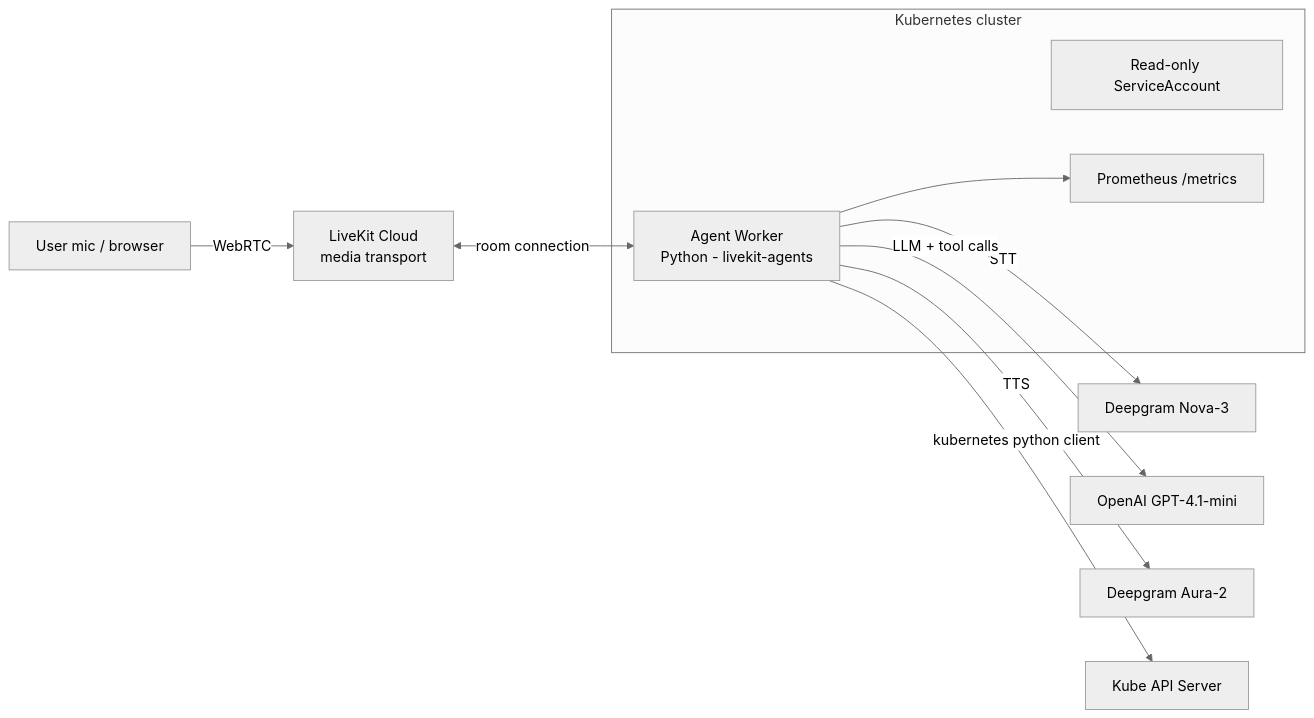
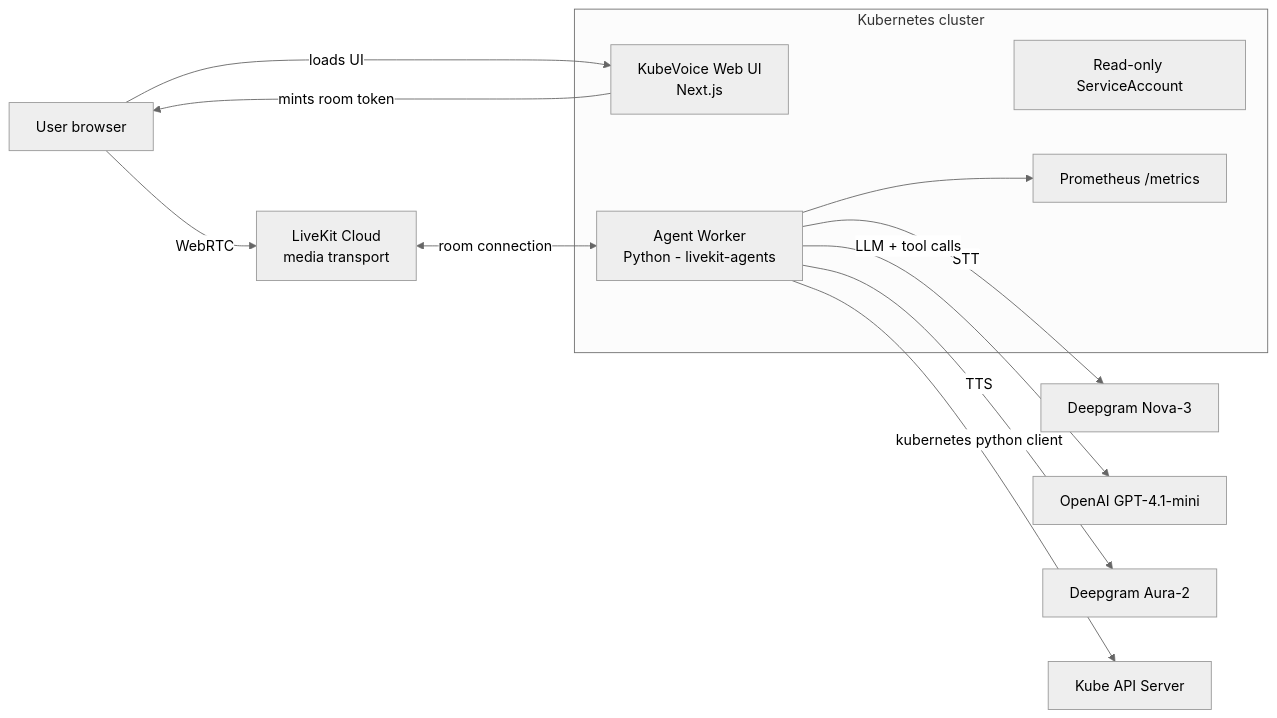
One commit to shasdas/kubevoice changed the diagram in README.md. Above: the diagram before and after it, drawn with Mermaid (neutral theme). The commit also changed other lines of this file and 90 other files, not shown here.

````diff
--- a/README.md
+++ b/README.md
@@ -17,15 +18,18 @@
 ```mermaid
 flowchart LR
-    U[User mic / browser] -->|WebRTC| LK[LiveKit Cloud\nmedia transport]
+    U[User browser] -->|loads UI| FE[KubeVoice Web UI\nNext.js]
+    FE -->|mints room token| U
+    U -->|WebRTC| LK[LiveKit Cloud\nmedia transport]
     LK <-->|room connection| W[Agent Worker\nPython - livekit-agents]
     subgraph K8s [Kubernetes cluster]
+        FE
         W
         RBAC[Read-only ServiceAccount]
         M[Prometheus /metrics]
     end
     W -->|STT| STT[Deepgram Nova-3]
     W -->|LLM + tool calls| LLM[OpenAI GPT-4.1-mini]
     W -->|TTS| TTS[Deepgram Aura-2]
     W -->|kubernetes python client| API[Kube API Server]
     W --> M
 ```
````
